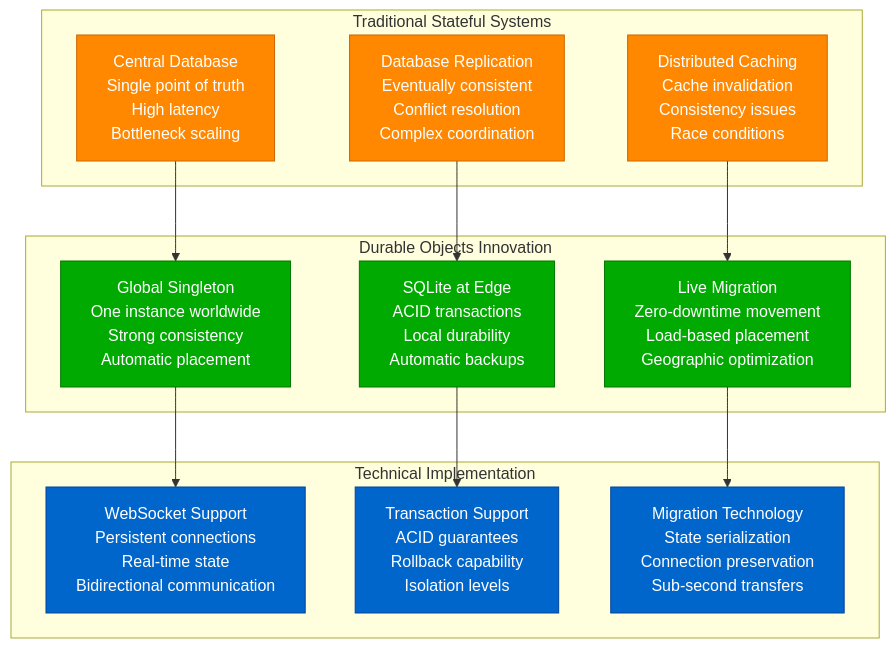
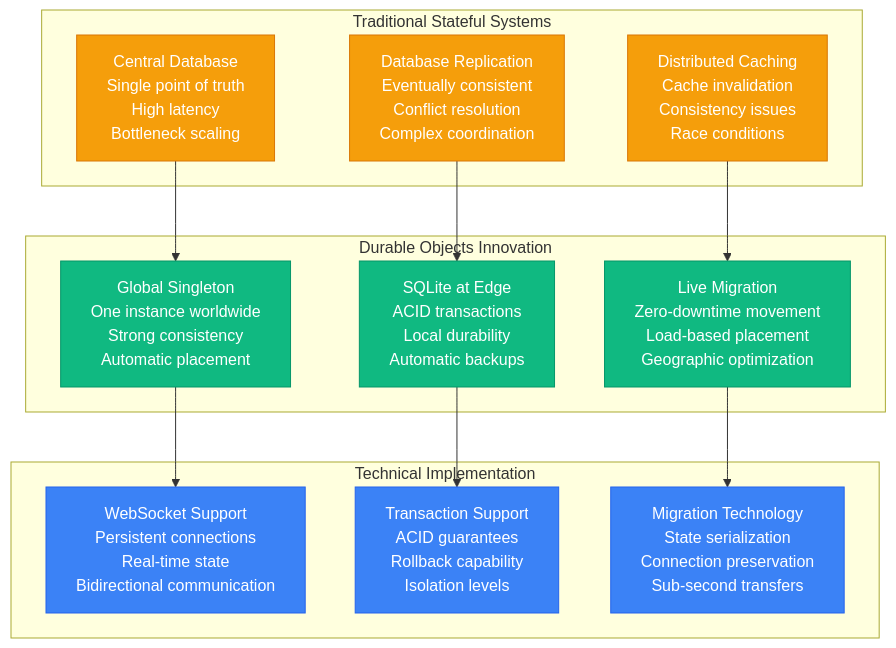
The third of 8 diagrams in site/docs/systems/cloudflare/novel-solutions.md (deepaucksharma/DS), drawn with Mermaid before and after one commit. The commit also changed other lines of this file and 303 other files, not shown here.

````diff
--- a/site/docs/systems/cloudflare/novel-solutions.md
+++ b/site/docs/systems/cloudflare/novel-solutions.md
@@ -145,38 +145,38 @@
 ```mermaid
 graph TB
     subgraph "Traditional Stateful Systems"
         DATABASE[Central Database<br/>Single point of truth<br/>High latency<br/>Bottleneck scaling]
         REPLICATION[Database Replication<br/>Eventually consistent<br/>Conflict resolution<br/>Complex coordination]
         CACHING[Distributed Caching<br/>Cache invalidation<br/>Consistency issues<br/>Race conditions]
     end
 
     subgraph "Durable Objects Innovation"
         SINGLETON[Global Singleton<br/>One instance worldwide<br/>Strong consistency<br/>Automatic placement]
         SQLITE_EDGE[SQLite at Edge<br/>ACID transactions<br/>Local durability<br/>Automatic backups]
         LIVE_MIGRATE[Live Migration<br/>Zero-downtime movement<br/>Load-based placement<br/>Geographic optimization]
     end
 
     %% Problem → Solution mapping
     DATABASE --> SINGLETON
     REPLICATION --> SQLITE_EDGE
     CACHING --> LIVE_MIGRATE
 
     subgraph "Technical Implementation"
         WEBSOCKET[WebSocket Support<br/>Persistent connections<br/>Real-time state<br/>Bidirectional communication]
         TRANSACTIONS_DO[Transaction Support<br/>ACID guarantees<br/>Rollback capability<br/>Isolation levels]
         MIGRATION_TECH[Migration Technology<br/>State serialization<br/>Connection preservation<br/>Sub-second transfers]
     end
 
     SINGLETON --> WEBSOCKET
     SQLITE_EDGE --> TRANSACTIONS_DO
     LIVE_MIGRATE --> MIGRATION_TECH
 
     %% Apply problem/solution colors
-    classDef problemStyle fill:#FF8800,stroke:#CC6600,color:#fff
-    classDef solutionStyle fill:#00AA00,stroke:#007700,color:#fff
-    classDef implementationStyle fill:#0066CC,stroke:#004499,color:#fff
+    classDef problemStyle fill:#F59E0B,stroke:#D97706,color:#fff
+    classDef solutionStyle fill:#10B981,stroke:#059669,color:#fff
+    classDef implementationStyle fill:#3B82F6,stroke:#2563EB,color:#fff
 
     class DATABASE,REPLICATION,CACHING problemStyle
     class SINGLETON,SQLITE_EDGE,LIVE_MIGRATE solutionStyle
     class WEBSOCKET,TRANSACTIONS_DO,MIGRATION_TECH implementationStyle
 ```
````
